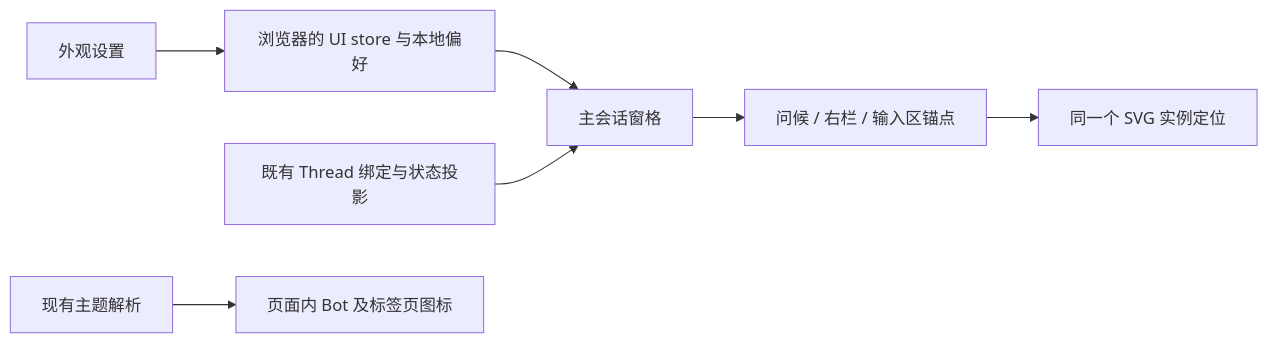
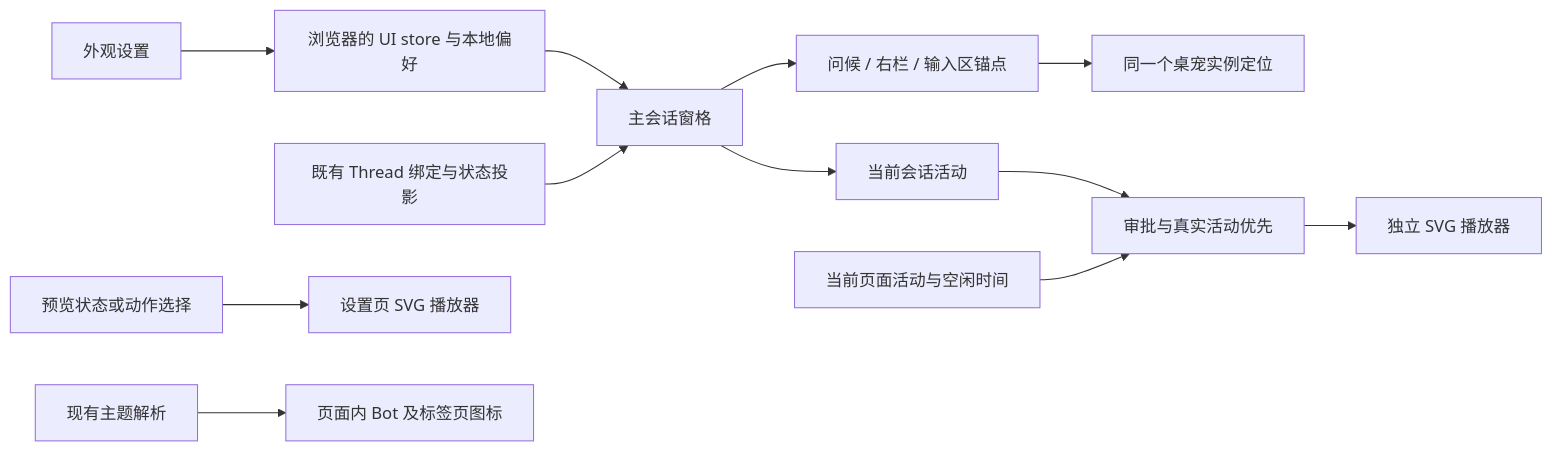
The diagram in specs/selfhost-codex/brand-and-conversation-pet.md (LiangLiang723/codex-web), drawn with Mermaid before and after one commit. The commit also changed other lines of this file and 19 other files, not shown here.

````diff
--- a/specs/selfhost-codex/brand-and-conversation-pet.md
+++ b/specs/selfhost-codex/brand-and-conversation-pet.md
@@ -19,9 +22,14 @@
 ```mermaid
 flowchart LR
   Settings[外观设置] --> Preference[浏览器的 UI store 与本地偏好]
   Preference --> Pane[主会话窗格]
   Runtime[既有 Thread 绑定与状态投影] --> Pane
   Pane --> Anchor[问候 / 右栏 / 输入区锚点]
-  Anchor --> Pet[同一个 SVG 实例定位]
+  Anchor --> Pet[同一个桌宠实例定位]
+  Pane --> Activity[当前会话活动]
+  Activity --> Motion[审批与真实活动优先]
+  Gesture[当前页面活动与空闲时间] --> Motion
+  Motion --> Player[独立 SVG 播放器]
+  Preset[预览状态或动作选择] --> Preview[设置页 SVG 播放器]
   Theme[现有主题解析] --> Mark[页面内 Bot 及标签页图标]
 ```
````
